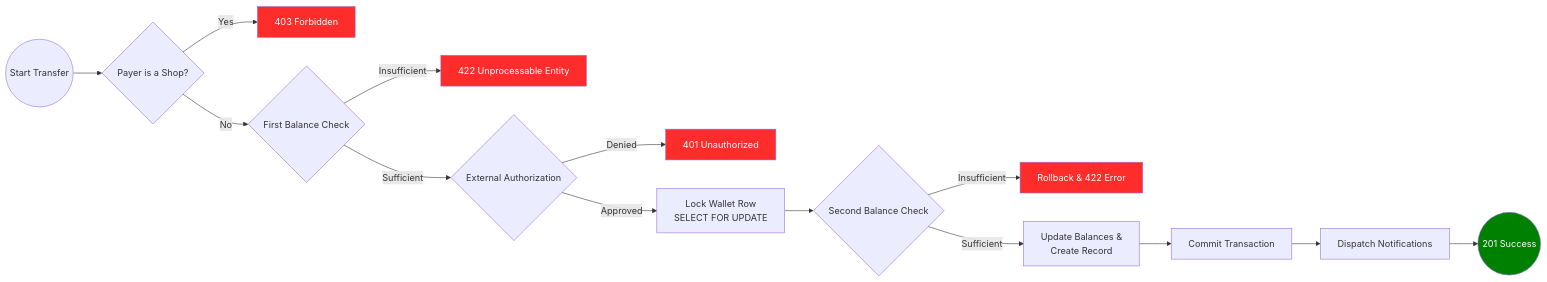
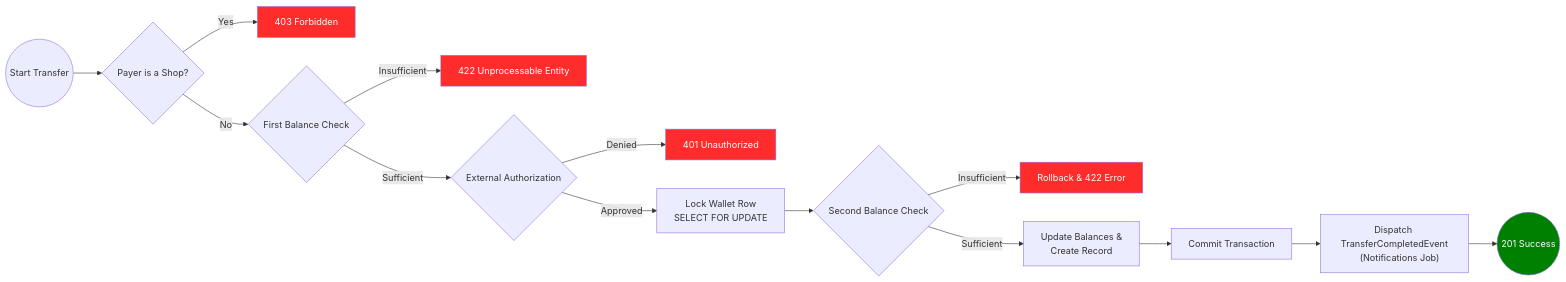
Before and after one commit to joaopabdala/simplified-fintech: the diagram in README.md, drawn with Mermaid. The commit also changed other lines of this file and 5 other files, not shown here.

Commit message:
send notifications via TransferCompletedEvent

````diff
--- a/README.md
+++ b/README.md
@@ -22,29 +22,30 @@
 ```mermaid
 graph LR
     Start((Start Transfer)) --> IsShop{Payer is a Shop?}
 
     IsShop -- Yes --> 403[403 Forbidden]
     IsShop -- No --> Bal1{First Balance Check}
 
     Bal1 -- Insufficient --> 422a[422 Unprocessable Entity]
     Bal1 -- Sufficient --> Auth{External Authorization}
 
     Auth -- Denied --> 401[401 Unauthorized]
     Auth -- Approved --> Lock[Lock Wallet Row<br/>SELECT FOR UPDATE]
 
     Lock --> Bal2{Second Balance Check}
 
     Bal2 -- Insufficient --> Rollback[Rollback & 422 Error]
     Bal2 -- Sufficient --> Update[Update Balances &<br/>Create Record]
 
     Update --> Commit[Commit Transaction]
-    Commit --> Notify[Dispatch Notifications]
+    Commit --> Notify["Dispatch TransferCompletedEvent
+    (Notifications Job)"]
     Notify --> Success((201 Success))
 
     style 403 fill:#ff2c2c,color:#fff
     style 422a fill:#ff2c2c,color:#fff
     style 401 fill:#ff2c2c,color:#fff
     style Rollback fill:#ff2c2c,color:#fff
     style Success fill:#008000,color:#fff
 
 ```
````
